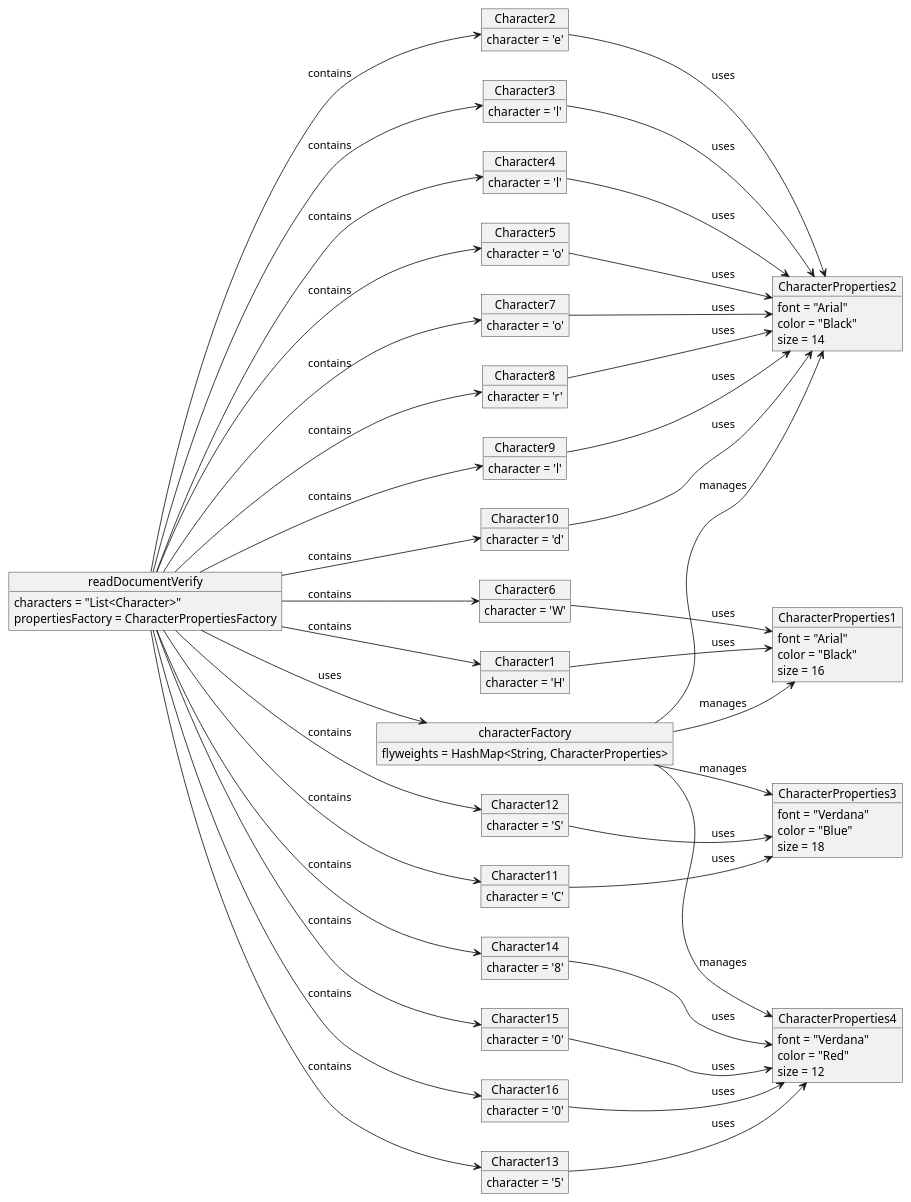
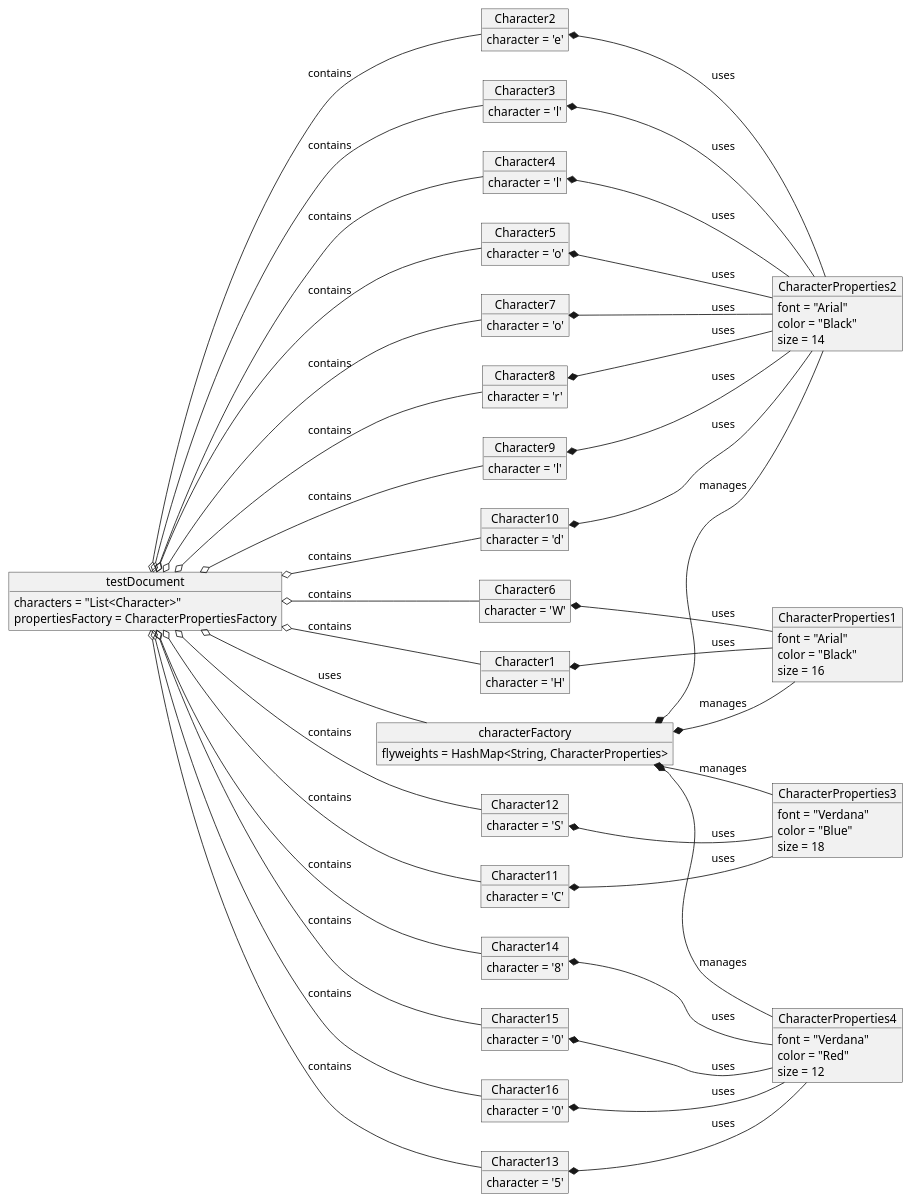
One commit to NhanThai0501/CS4800-S24 changed the diagram in hw8-behavioral-patterns/TextEditorObjectDiagram1.puml. Above: the diagram before and after it, drawn with PlantUML. The commit also changed 13 other files, not shown here.

```diff
--- a/hw8-behavioral-patterns/TextEditorObjectDiagram1.puml
+++ b/hw8-behavioral-patterns/TextEditorObjectDiagram1.puml
@@ -1,127 +1,127 @@
 @startuml
 left to right direction
 
-object readDocumentVerify {
+object testDocument {
   characters = "List<Character>"
   propertiesFactory = CharacterPropertiesFactory
 }
 
 object characterFactory {
   flyweights = HashMap<String, CharacterProperties>
 }
 
 object CharacterProperties2 {
   font = "Arial"
   color = "Black"
   size = 14
 }
 object CharacterProperties1 {
   font = "Arial"
   color = "Black"
   size = 16
 }
 object CharacterProperties3 {
   font = "Verdana"
   color = "Blue"
   size = 18
 }
 object CharacterProperties4 {
   font = "Verdana"
   color = "Red"
   size = 12
 }
 
 object Character1 {
   character = 'H'
 }
 object Character2 {
   character = 'e'
 }
 object Character3 {
   character = 'l'
 }
 object Character4 {
   character = 'l'
 }
 object Character5 {
   character = 'o'
 }
 object Character6 {
   character = 'W'
 }
 object Character7 {
   character = 'o'
 }
 object Character8 {
   character = 'r'
 }
 object Character9 {
   character = 'l'
 }
 object Character10 {
   character = 'd'
 }
 object Character11 {
   character = 'C'
 }
 object Character12 {
   character = 'S'
 }
 object Character13 {
   character = '5'
 }
 object Character14 {
   character = '8'
 }
 object Character15 {
   character = '0'
 }
 object Character16 {
   character = '0'
 }
 
-readDocumentVerify --> characterFactory : "uses"
+testDocument o-- characterFactory : "uses"
 characterFactory -[hidden]-> CharacterProperties1
 characterFactory -[hidden]-> CharacterProperties2
 characterFactory -[hidden]-> CharacterProperties3
 characterFactory -[hidden]-> CharacterProperties4
-readDocumentVerify --> Character1 : "contains"
-readDocumentVerify --> Character2 : "contains"
-readDocumentVerify --> Character3 : "contains"
-readDocumentVerify --> Character4 : "contains"
-readDocumentVerify --> Character5 : "contains"
-readDocumentVerify --> Character6 : "contains"
-readDocumentVerify --> Character7 : "contains"
-readDocumentVerify --> Character8 : "contains"
-readDocumentVerify --> Character9 : "contains"
-readDocumentVerify --> Character10 : "contains"
-readDocumentVerify --> Character11 : "contains"
-readDocumentVerify --> Character12 : "contains"
-readDocumentVerify --> Character13 : "contains"
-readDocumentVerify --> Character14 : "contains"
-readDocumentVerify --> Character15 : "contains"
-readDocumentVerify --> Character16 : "contains"
+testDocument o-- Character1 : "contains"
+testDocument o-- Character2 : "contains"
+testDocument o-- Character3 : "contains"
+testDocument o-- Character4 : "contains"
+testDocument o-- Character5 : "contains"
+testDocument o-- Character6 : "contains"
+testDocument o-- Character7 : "contains"
+testDocument o-- Character8 : "contains"
+testDocument o-- Character9 : "contains"
+testDocument o-- Character10 : "contains"
+testDocument o-- Character11 : "contains"
+testDocument o-- Character12 : "contains"
+testDocument o-- Character13 : "contains"
+testDocument o-- Character14 : "contains"
+testDocument o-- Character15 : "contains"
+testDocument o-- Character16 : "contains"
 
-characterFactory --> CharacterProperties2 : "manages"
-characterFactory --> CharacterProperties1 : "manages"
-characterFactory --> CharacterProperties3 : "manages"
-characterFactory --> CharacterProperties4 : "manages"
+characterFactory *-- CharacterProperties2 : "manages"
+characterFactory *-- CharacterProperties1 : "manages"
+characterFactory *-- CharacterProperties3 : "manages"
+characterFactory *-- CharacterProperties4 : "manages"
 
-Character1 --> CharacterProperties1 : "uses"
-Character2 --> CharacterProperties2 : "uses"
-Character3 --> CharacterProperties2 : "uses"
-Character4 --> CharacterProperties2 : "uses"
-Character5 --> CharacterProperties2 : "uses"
-Character6 --> CharacterProperties1 : "uses"
-Character7 --> CharacterProperties2 : "uses"
-Character8 --> CharacterProperties2 : "uses"
-Character9 --> CharacterProperties2 : "uses"
-Character10 --> CharacterProperties2 : "uses"
-Character11 --> CharacterProperties3 : "uses"
-Character12 --> CharacterProperties3 : "uses"
-Character13 --> CharacterProperties4 : "uses"
-Character14 --> CharacterProperties4 : "uses"
-Character15 --> CharacterProperties4 : "uses"
-Character16 --> CharacterProperties4 : "uses"
+Character1 *-- CharacterProperties1 : "uses"
+Character2 *-- CharacterProperties2 : "uses"
+Character3 *-- CharacterProperties2 : "uses"
+Character4 *-- CharacterProperties2 : "uses"
+Character5 *-- CharacterProperties2 : "uses"
+Character6 *-- CharacterProperties1 : "uses"
+Character7 *-- CharacterProperties2 : "uses"
+Character8 *-- CharacterProperties2 : "uses"
+Character9 *-- CharacterProperties2 : "uses"
+Character10 *-- CharacterProperties2 : "uses"
+Character11 *-- CharacterProperties3 : "uses"
+Character12 *-- CharacterProperties3 : "uses"
+Character13 *-- CharacterProperties4 : "uses"
+Character14 *-- CharacterProperties4 : "uses"
+Character15 *-- CharacterProperties4 : "uses"
+Character16 *-- CharacterProperties4 : "uses"
 
 @enduml
```
